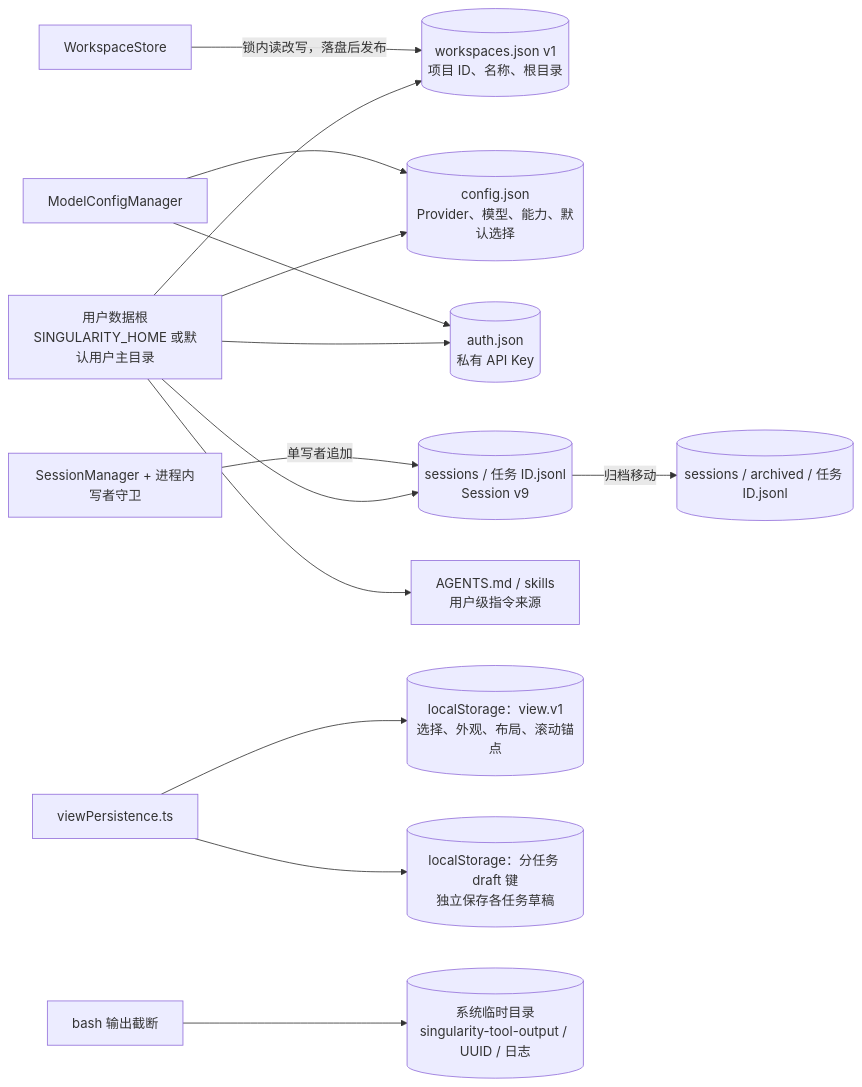
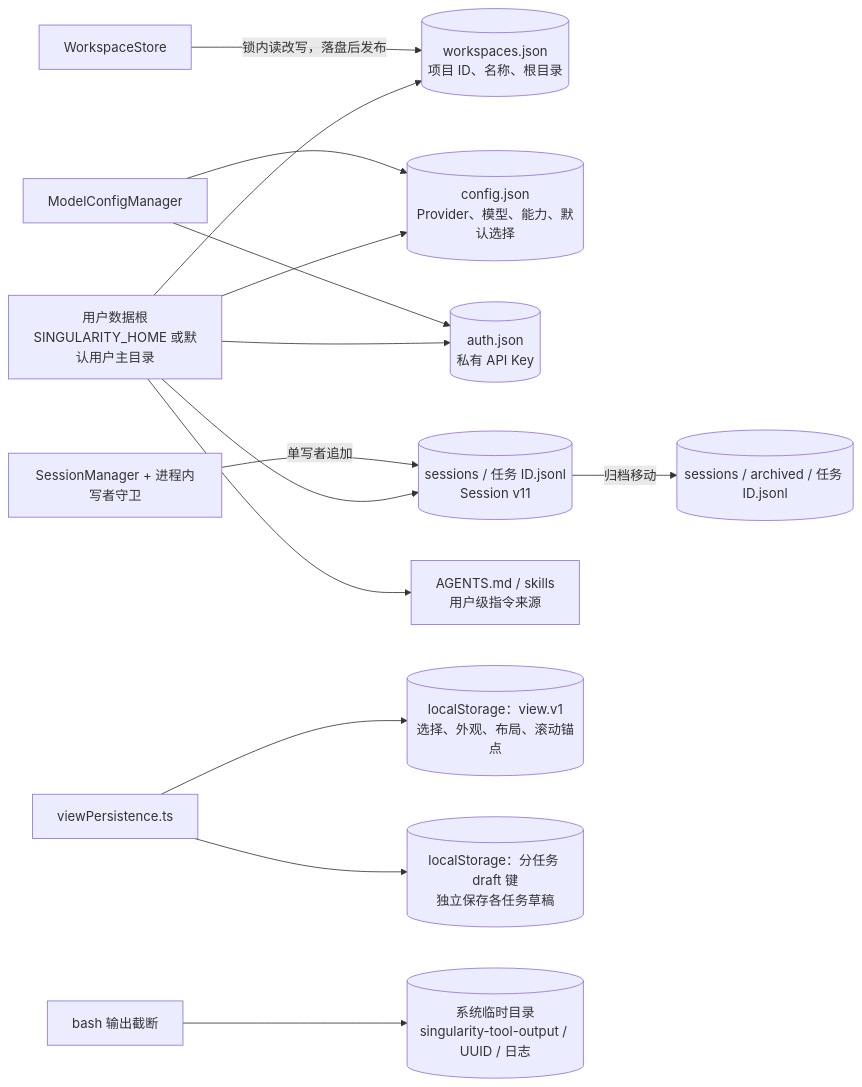
The sixth of 29 diagrams in docs/architecture.md (qjcnmd/singularity-agent), drawn with Mermaid before and after one commit. The commit also changed other lines of this file and 137 other files, not shown here.

````diff
--- a/docs/architecture.md
+++ b/docs/architecture.md
@@ -156,16 +156,16 @@
 ```mermaid
 flowchart LR
-    Home["用户数据根<br/>SINGULARITY_HOME 或默认用户主目录"] --> WorkspaceRegistryFile[("workspaces.json v1<br/>项目 ID、名称、根目录")]
+    Home["用户数据根<br/>SINGULARITY_HOME 或默认用户主目录"] --> WorkspaceRegistryFile[("workspaces.json<br/>项目 ID、名称、根目录")]
     Home --> Config[("config.json<br/>Provider、模型、能力、默认选择")]
     Home --> Auth[("auth.json<br/>私有 API Key")]
-    Home --> Ledger[("sessions / 任务 ID.jsonl<br/>Session v9")]
+    Home --> Ledger[("sessions / 任务 ID.jsonl<br/>Session v11")]
     Ledger -->|"归档移动"| Archive[("sessions / archived / 任务 ID.jsonl")]
     Home --> Instructions["AGENTS.md / skills<br/>用户级指令来源"]
     WorkspaceStore["WorkspaceStore"] -->|"锁内读改写，落盘后发布"| WorkspaceRegistryFile
     ModelManager["ModelConfigManager"] --> Config
     ModelManager --> Auth
     Manager["SessionManager + 进程内写者守卫"] -->|"单写者追加"| Ledger
     Browser["viewPersistence.ts"] --> View[("localStorage：view.v1<br/>选择、外观、布局、滚动锚点")]
     Browser --> Draft[("localStorage：分任务 draft 键<br/>独立保存各任务草稿")]
     Bash["bash 输出截断"] --> Temp[("系统临时目录<br/>singularity-tool-output / UUID / 日志")]
 ```
````
